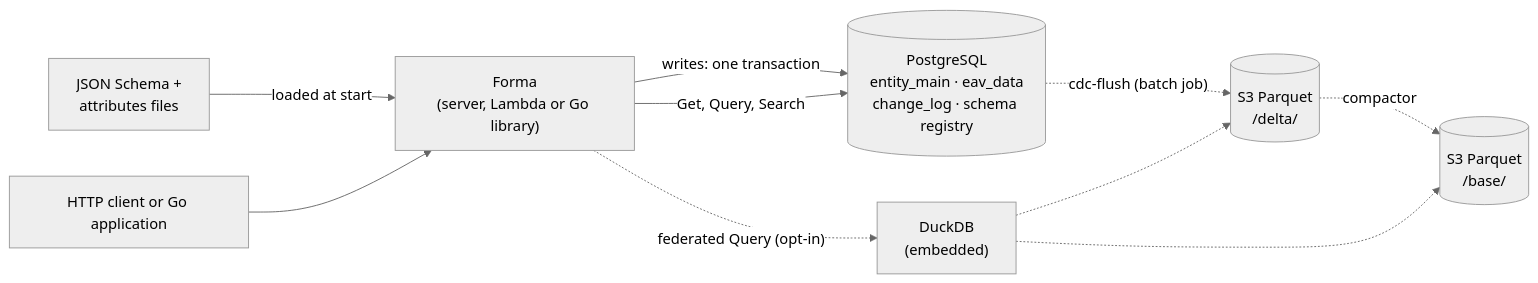
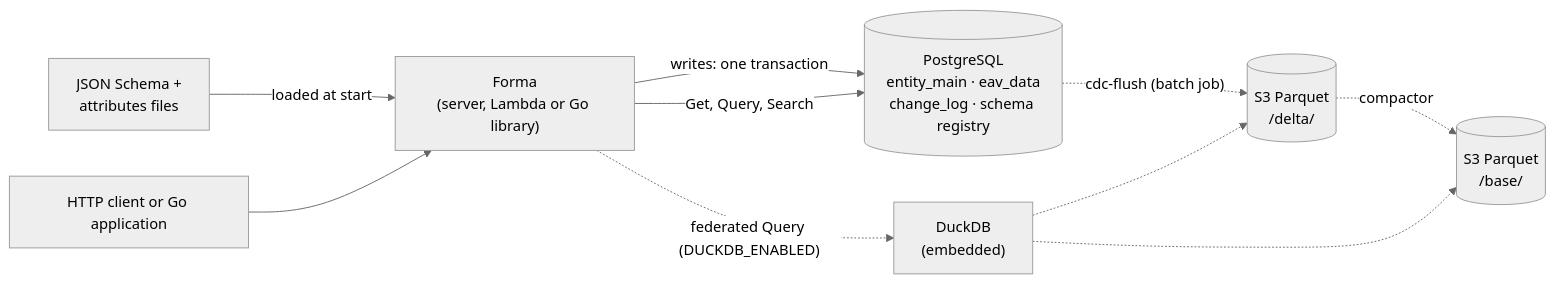
One commit to Lychee-Technology/forma changed the diagram in README.md. Above: the diagram before and after it, drawn with Mermaid (neutral theme). The commit also changed other lines of this file and 102 other files, not shown here.

````diff
--- a/README.md
+++ b/README.md
@@ -198,20 +198,20 @@
 ```mermaid
 flowchart LR
     app["HTTP client or Go application"]
     files["JSON Schema +<br/>attributes files"]
     forma["Forma<br/>(server, Lambda or Go library)"]
     pg[("PostgreSQL<br/>entity_main · eav_data<br/>change_log · schema registry")]
     delta[("S3 Parquet<br/>/delta/")]
     base[("S3 Parquet<br/>/base/")]
     duck["DuckDB<br/>(embedded)"]
 
     files -- "loaded at start" --> forma
     app --> forma
     forma -- "writes: one transaction" --> pg
     forma -- "Get, Query, Search" --> pg
     pg -. "cdc-flush (batch job)" .-> delta
     delta -. "compactor" .-> base
-    forma -. "federated Query (opt-in)" .-> duck
+    forma -. "federated Query (DUCKDB_ENABLED)" .-> duck
     duck -.-> delta
     duck -.-> base
 ```
````
